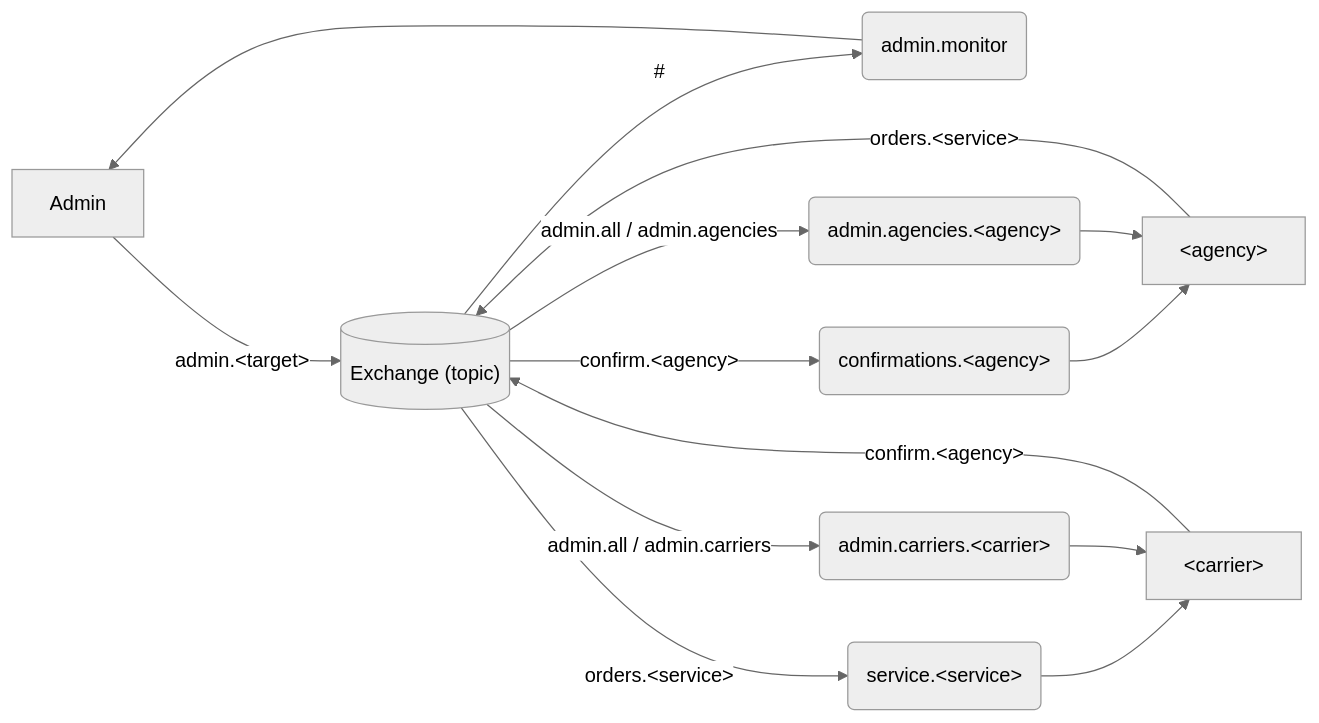
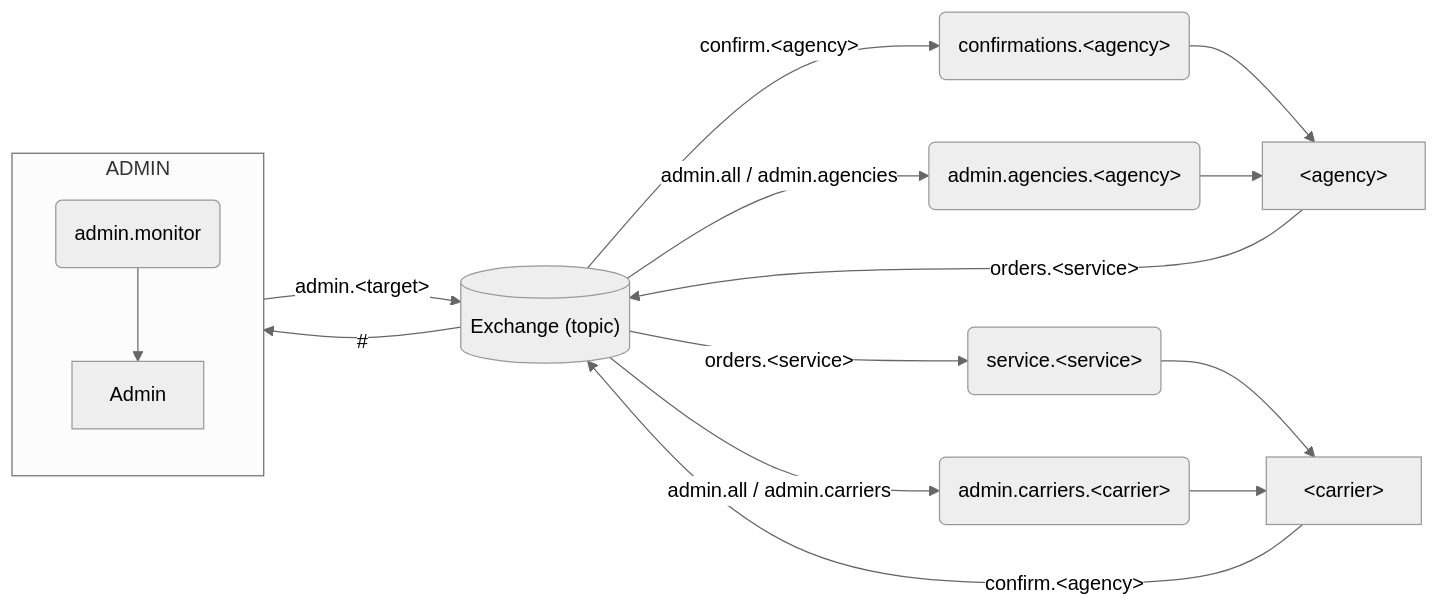
One commit to Mosder/agh changed the diagram in sem6/rozprochy/tasks/task5/schema.md. Above: the diagram before and after it, drawn with Mermaid (neutral theme).

Commit message:
rozprochy

````diff
--- a/sem6/rozprochy/tasks/task5/schema.md
+++ b/sem6/rozprochy/tasks/task5/schema.md
@@ -1,13 +1,19 @@
 ```mermaid
 flowchart LR
-    AD[Admin] -- admin.&lt;target&gt; --> X
-    X -- "#" --> QAD(admin.monitor) --> AD
+    subgraph ADMIN
+        direction TB
+        QAD(admin.monitor)
+        AD[Admin]
+    end
+
+    AD -- admin.&lt;target&gt; --> X
+    X -- "#" --> QAD --> AD
 
     A[&lt;agency&gt;] -- orders.&lt;service&gt; --> X[("Exchange (topic)")]
     X -- confirm.&lt;agency&gt; --> QA(confirmations.&lt;agency&gt;) --> A
     X -- admin.all / admin.agencies --> QAAD(admin.agencies.&lt;agency&gt;) --> A
 
     C[&lt;carrier&gt;] -- confirm.&lt;agency&gt; --> X
     X -- orders.&lt;service&gt; --> QS(service.&lt;service&gt;) --> C
     X -- admin.all / admin.carriers --> QC(admin.carriers.&lt;carrier&gt;) --> C
 ```
````
